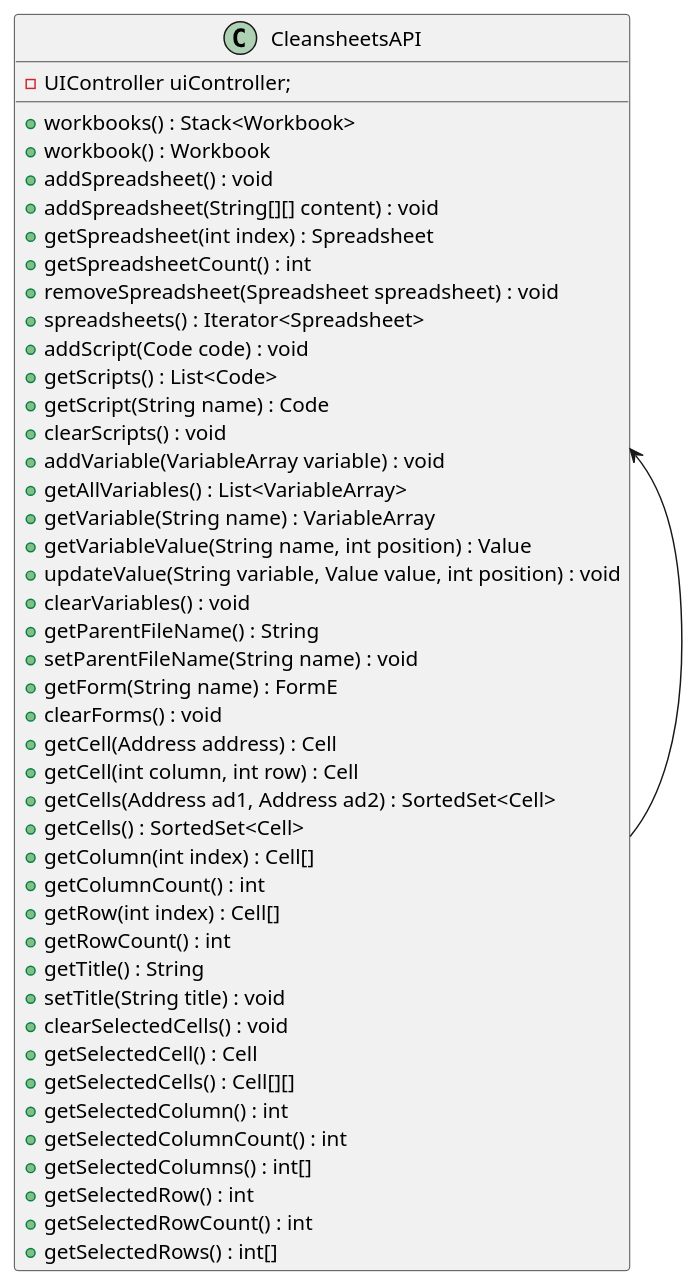
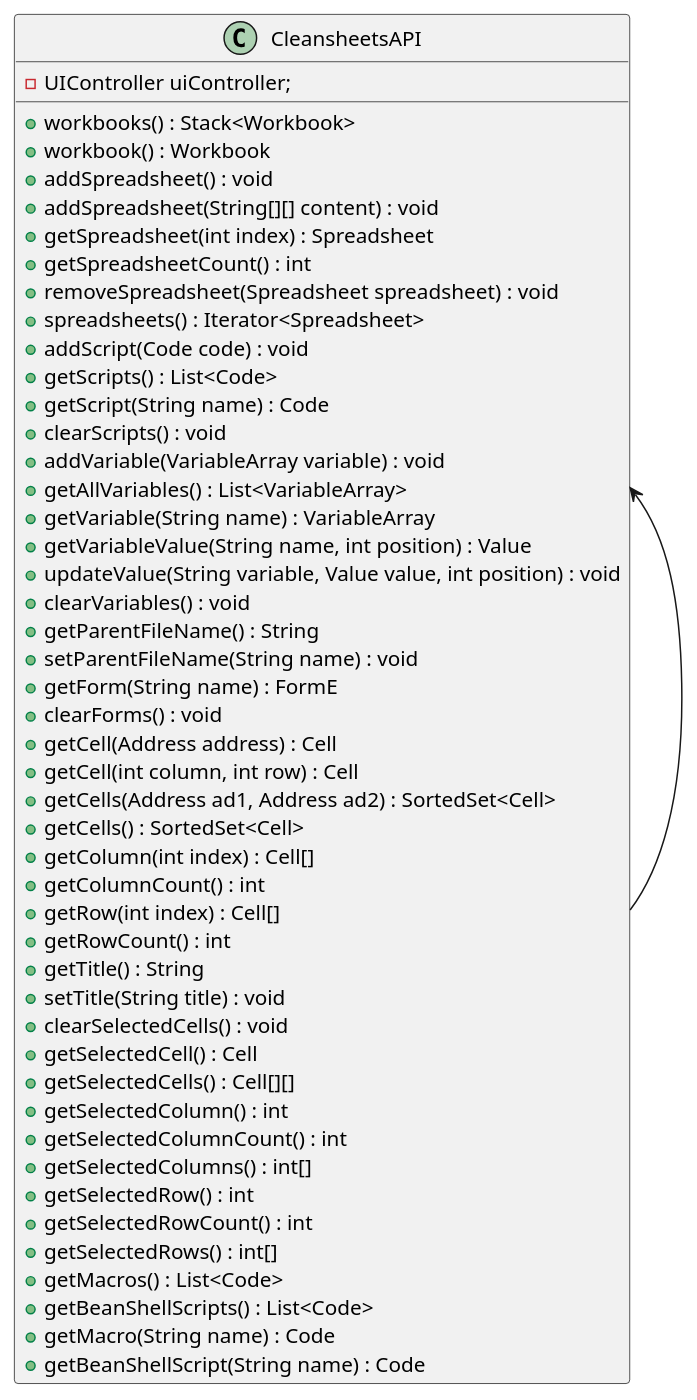
The diagram in src/main/java/csheets/worklog/n1140423/sprint4/api_class_diagram.puml (RubenTeixeira/cleansheets_isep_2dg_2016), drawn with PlantUML before and after one commit. The commit also changed 3 other files, not shown here.

```diff
--- a/src/main/java/csheets/worklog/n1140423/sprint4/api_class_diagram.puml
+++ b/src/main/java/csheets/worklog/n1140423/sprint4/api_class_diagram.puml
@@ -1,50 +1,54 @@
 @startuml doc-files/api_class_diagram.png
 
 class CleansheetsAPI {
     -UIController uiController;
     +workbooks() : Stack<Workbook>
     +workbook() : Workbook
     +addSpreadsheet() : void
     +addSpreadsheet(String[][] content) : void
     +getSpreadsheet(int index) : Spreadsheet
     +getSpreadsheetCount() : int
     +removeSpreadsheet(Spreadsheet spreadsheet) : void
     +spreadsheets() : Iterator<Spreadsheet>
     +addScript(Code code) : void
     +getScripts() : List<Code>
     +getScript(String name) : Code
     +clearScripts() : void
     +addVariable(VariableArray variable) : void
     +getAllVariables() : List<VariableArray>
     +getVariable(String name) : VariableArray
     +getVariableValue(String name, int position) : Value
     +updateValue(String variable, Value value, int position) : void
     +clearVariables() : void
     +getParentFileName() : String
     +setParentFileName(String name) : void
     +getForm(String name) : FormE
     +clearForms() : void
     +getCell(Address address) : Cell
     +getCell(int column, int row) : Cell
     +getCells(Address ad1, Address ad2) : SortedSet<Cell>
     +getCells() : SortedSet<Cell>
     +getColumn(int index) : Cell[]
     +getColumnCount() : int
     +getRow(int index) : Cell[]
     +getRowCount() : int
     +getTitle() : String
     +setTitle(String title) : void
     +clearSelectedCells() : void
     +getSelectedCell() : Cell
     +getSelectedCells() : Cell[][]
     +getSelectedColumn() : int
     +getSelectedColumnCount() : int
     +getSelectedColumns() : int[]
     +getSelectedRow() : int
     +getSelectedRowCount() : int 
     +getSelectedRows() : int[]
+    +getMacros() : List<Code>
+    +getBeanShellScripts() : List<Code>
+    +getMacro(String name) : Code
+    +getBeanShellScript(String name) : Code
 }
 
 CleansheetsAPI <-- CleansheetsAPI 
 
 @enduml
```
